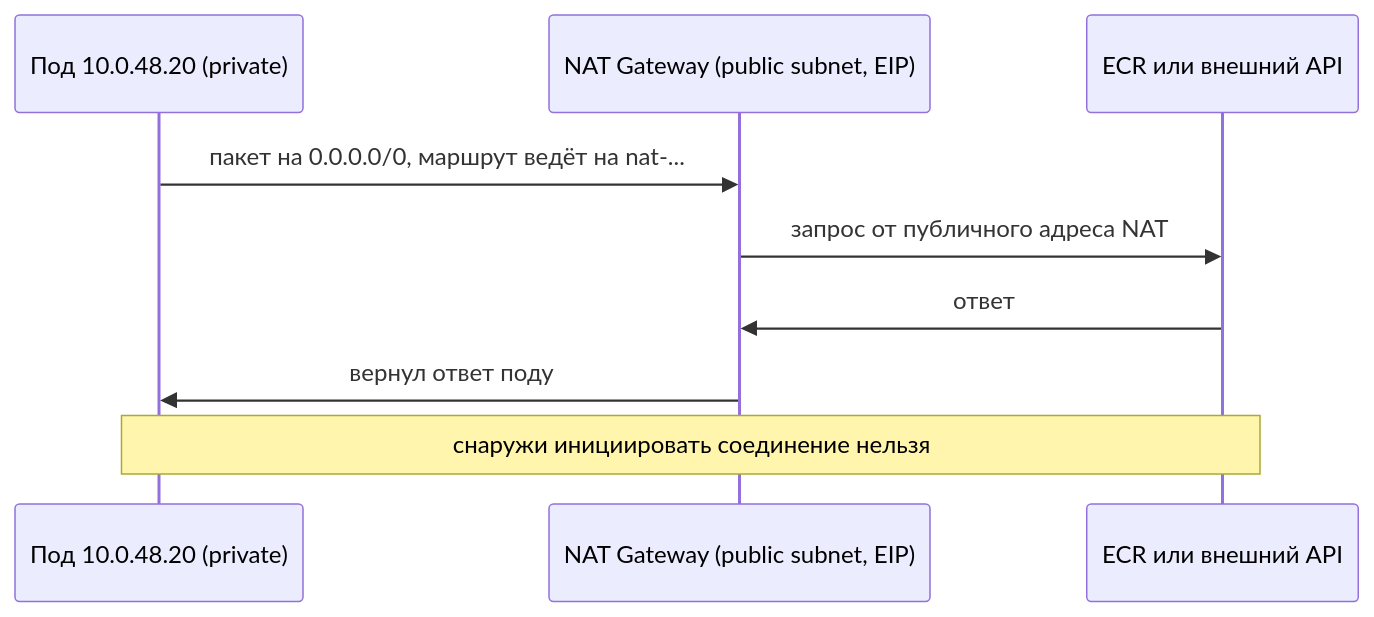
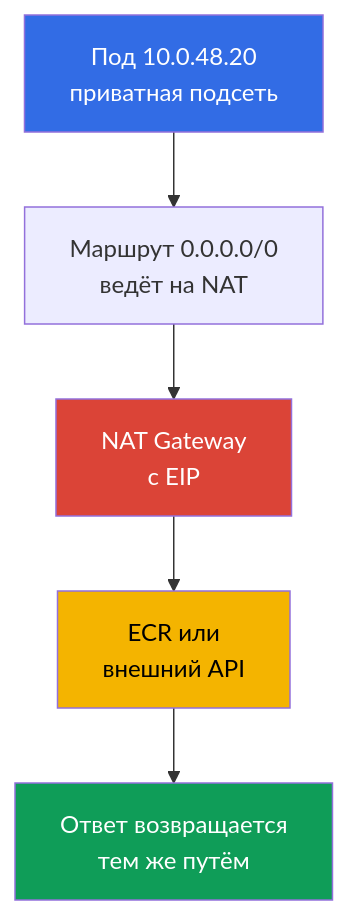
One commit to ViktorUJ/cks changed the second of 3 diagrams in tasks/eks/course/00-3-vpc/ru.md. Above: the diagram before and after it, drawn with Mermaid. The commit also changed other lines of this file and 52 other files, not shown here.

````diff
--- a/tasks/eks/course/00-3-vpc/ru.md
+++ b/tasks/eks/course/00-3-vpc/ru.md
@@ -102,11 +96,11 @@
 ```mermaid
-sequenceDiagram
-    participant Pod as Под 10.0.48.20 (private)
-    participant NAT as NAT Gateway (public subnet, EIP)
-    participant Net as ECR или внешний API
-    Pod->>NAT: пакет на 0.0.0.0/0, маршрут ведёт на nat-...
-    NAT->>Net: запрос от публичного адреса NAT
-    Net->>NAT: ответ
-    NAT->>Pod: вернул ответ поду
-    Note over Net,Pod: снаружи инициировать соединение нельзя
+flowchart TB
+    pod["Под 10.0.48.20<br/>приватная подсеть"] --> rt["Маршрут 0.0.0.0/0<br/>ведёт на NAT"]
+    rt --> nat["NAT Gateway<br/>с EIP"]
+    nat --> net["ECR или<br/>внешний API"]
+    net --> back["Ответ возвращается<br/>тем же путём"]
+    style pod fill:#326ce5,color:#fff
+    style nat fill:#db4437,color:#fff
+    style net fill:#f4b400,color:#000
+    style back fill:#0f9d58,color:#fff
 ```
````
